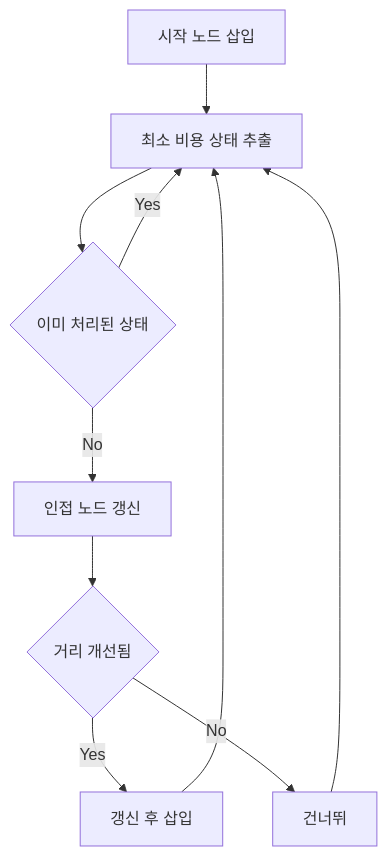
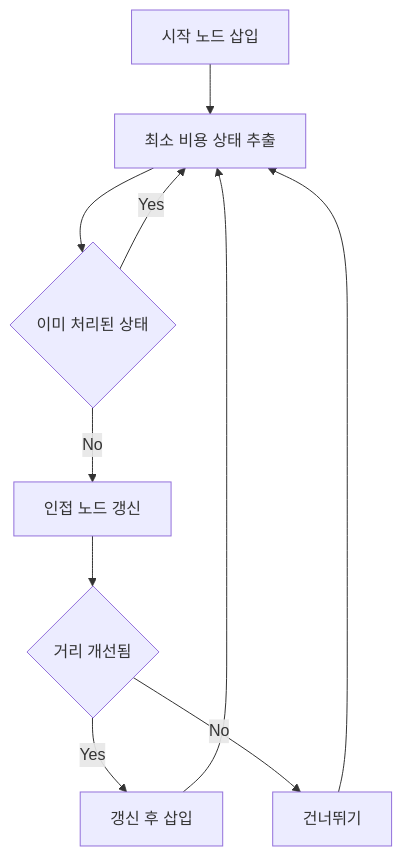
One commit to mandoobox/mandoobox.github.io changed the first of 2 diagrams in _posts/algorithm/2026-03-07-dijkstra.md. Above: the diagram before and after it, drawn with Mermaid. The commit also changed 7 other files, not shown here.

````diff
--- a/_posts/algorithm/2026-03-07-dijkstra.md
+++ b/_posts/algorithm/2026-03-07-dijkstra.md
@@ -198,12 +198,12 @@
 ```mermaid
 flowchart TD
     A["시작 노드 삽입"] --> B["최소 비용 상태 추출"]
     B --> C{"이미 처리된 상태"}
     C -->|Yes| B
     C -->|No| D["인접 노드 갱신"]
     D --> E{"거리 개선됨"}
     E -->|Yes| F["갱신 후 삽입"]
-    E -->|No| G["건너뛰"]
+    E -->|No| G["건너뛰기"]
     F --> B
     G --> B
 ```
````
